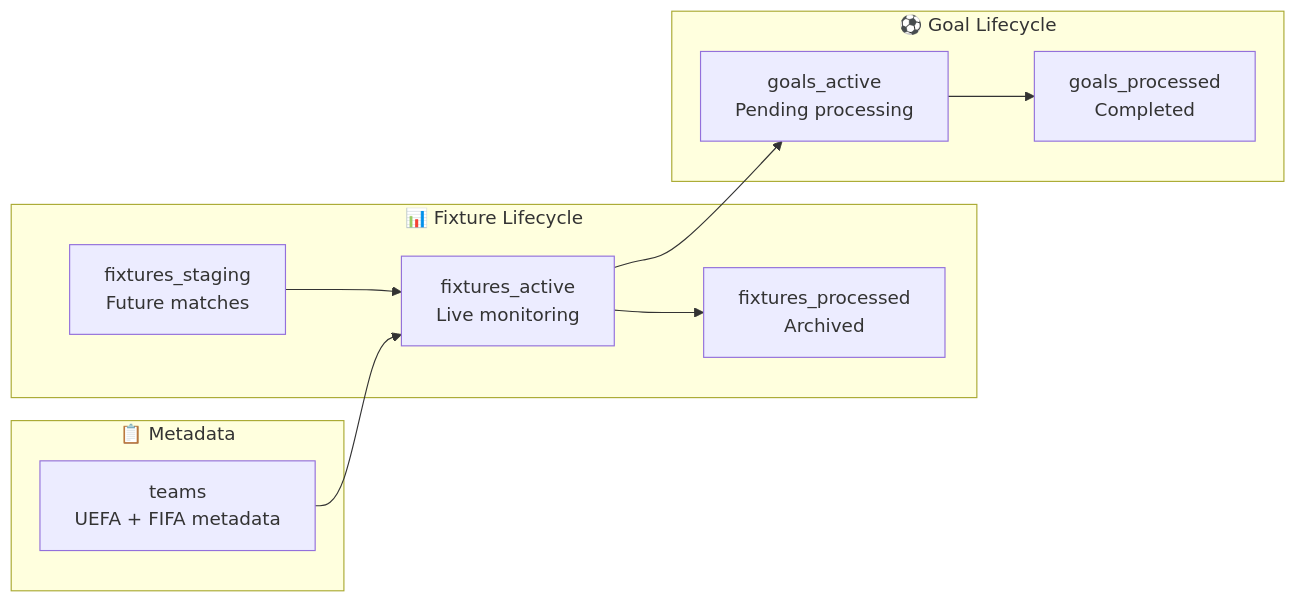
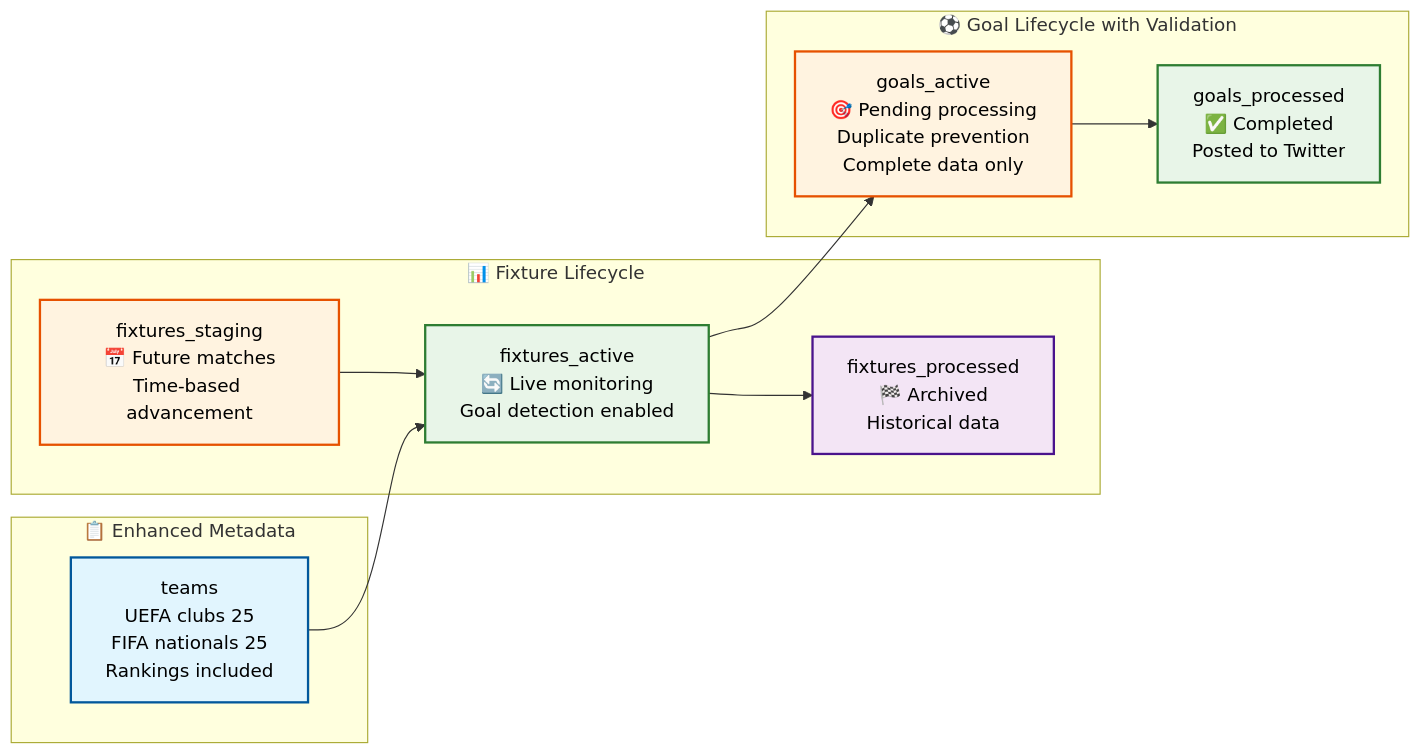
The second of 2 diagrams in README.md (vedantadhobley/found-footy), drawn with Mermaid before and after one commit. The commit also changed other lines of this file and 8 other files, not shown here.

Commit message:
Functional flow naming. Working on improvements.

````diff
--- a/README.md
+++ b/README.md
@@ -159,18 +122,33 @@
 ```mermaid
 graph LR
     subgraph "📊 Fixture Lifecycle"
-        FS[fixtures_staging<br/>Future matches] --> FA[fixtures_active<br/>Live monitoring]
-        FA --> FP[fixtures_processed<br/>Archived]
+        FS[fixtures_staging<br/>📅 Future matches<br/>Time-based advancement] 
+        FA[fixtures_active<br/>🔄 Live monitoring<br/>Goal detection enabled]
+        FP[fixtures_processed<br/>🏁 Archived<br/>Historical data]
+        FS --> FA
+        FA --> FP
     end
     
-    subgraph "⚽ Goal Lifecycle" 
-        GA[goals_active<br/>Pending processing] --> GP[goals_processed<br/>Completed]
+    subgraph "⚽ Goal Lifecycle with Validation" 
+        GA[goals_active<br/>🎯 Pending processing<br/>Duplicate prevention<br/>Complete data only]
+        GP[goals_processed<br/>✅ Completed<br/>Posted to Twitter]
+        GA --> GP
     end
     
-    subgraph "📋 Metadata"
-        TS[teams<br/>UEFA + FIFA metadata]
+    subgraph "📋 Enhanced Metadata"
+        TS[teams<br/>UEFA clubs 25<br/>FIFA nationals 25<br/>Rankings included]
     end
     
     TS --> FA
     FA --> GA
+    
+    classDef staging fill:#fff3e0,stroke:#e65100,stroke-width:2px,color:#000
+    classDef active fill:#e8f5e8,stroke:#2e7d32,stroke-width:2px,color:#000
+    classDef processed fill:#f3e5f5,stroke:#4a148c,stroke-width:2px,color:#000
+    classDef metadata fill:#e1f5fe,stroke:#01579b,stroke-width:2px,color:#000
+    
+    class FS,GA staging
+    class FA,GP active
+    class FP processed
+    class TS metadata
 ```
````
